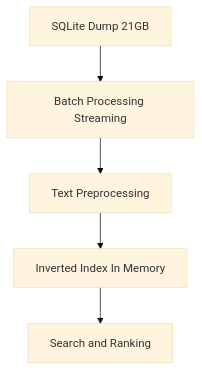
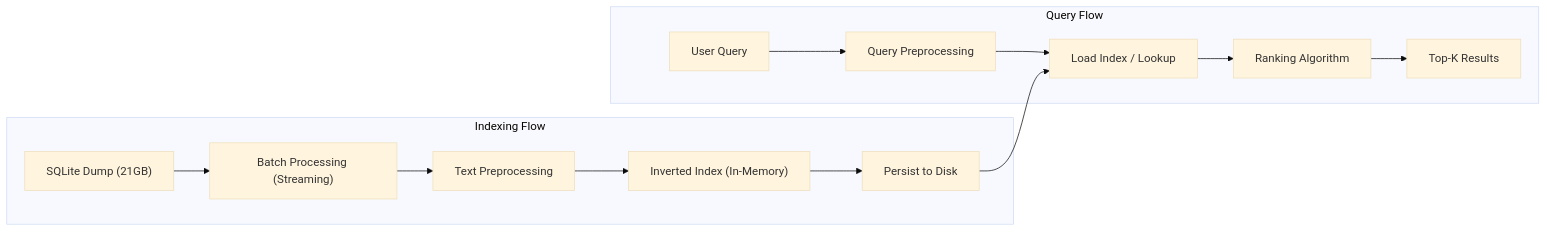
The diagram in README.md (ssiddhesh64/Wikipedia-Search-Engine), drawn with Mermaid (base theme) before and after one commit. The commit also changed other lines of this file, not shown here.

Commit message:
update: Readme with next steps

````diff
--- a/README.md
+++ b/README.md
@@ -21,7 +21,26 @@
 ```mermaid
-graph TD
-    A[SQLite Dump 21GB] --> B[Batch Processing Streaming]
-    B --> C[Text Preprocessing]
-    C --> D[Inverted Index In Memory]
-    D --> E[Search and Ranking]
+flowchart LR
+
+    %% -------------------
+    %% Indexing Pipeline
+    %% -------------------
+    subgraph Indexing Flow
+        A["SQLite Dump (21GB)"] --> B["Batch Processing (Streaming)"]
+        B --> C["Text Preprocessing"]
+        C --> D["Inverted Index (In-Memory)"]
+        D --> E["Persist to Disk"]
+    end
+
+    %% -------------------
+    %% Query Pipeline
+    %% -------------------
+    subgraph Query Flow
+        Q1["User Query"] --> Q2["Query Preprocessing"]
+        Q2 --> Q3["Load Index / Lookup"]
+        Q3 --> Q4["Ranking Algorithm"]
+        Q4 --> Q5["Top-K Results"]
+    end
+
+    %% Optional connection
+    E --> Q3
 ```
````
